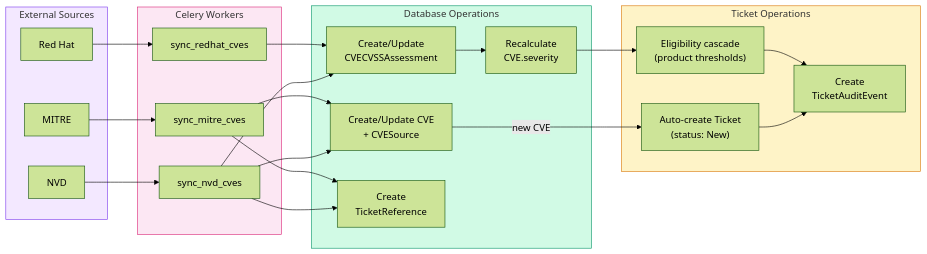
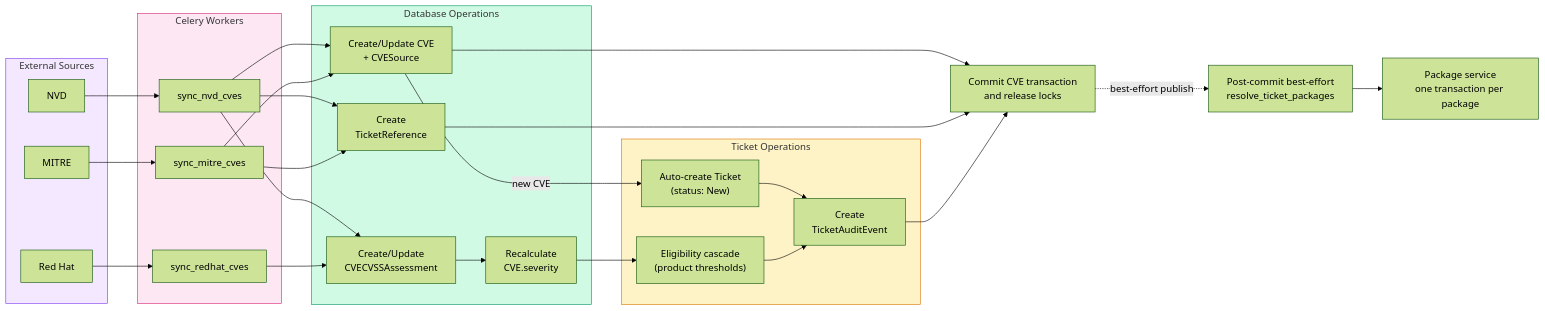
Before and after one commit to StayPirate/sentinel: the third of 7 diagrams in docs/system-map.md, drawn with Mermaid (forest theme). The commit also changed other lines of this file and 12 other files, not shown here.

Commit message:
docs: define post-ingest package resolution (#540)

````diff
--- a/docs/system-map.md
+++ b/docs/system-map.md
@@ -428,49 +430,58 @@
 ```mermaid
 flowchart LR
     subgraph sources["External Sources"]
         NVD["NVD"]
         MITRE["MITRE"]
         RH["Red Hat"]
     end
 
     subgraph celery["Celery Workers"]
         SYNC_NVD["sync_nvd_cves"]
         SYNC_MITRE["sync_mitre_cves"]
         SYNC_RH["sync_redhat_cves"]
     end
 
     subgraph store["Database Operations"]
         CVE_REC["Create/Update CVE<br/>+ CVESource"]
         CVSS_REC["Create/Update<br/>CVECVSSAssessment"]
         REF_REC["Create<br/>TicketReference"]
         SEV["Recalculate<br/>CVE.severity"]
     end
 
     subgraph ticket_ops["Ticket Operations"]
         NEW_TKT["Auto-create Ticket<br/>(status: New)"]
         ELIG_EVAL["Eligibility cascade<br/>(product thresholds)"]
         EVENT["Create<br/>TicketAuditEvent"]
     end
 
+    COMMIT["Commit CVE transaction<br/>and release locks"]
+    HANDOFF["Post-commit best-effort<br/>resolve_ticket_packages"]
+    PACKAGE_TX["Package service<br/>one transaction per package"]
+
     NVD --> SYNC_NVD
     MITRE --> SYNC_MITRE
     RH --> SYNC_RH
 
     SYNC_NVD --> CVE_REC
     SYNC_NVD --> CVSS_REC
     SYNC_NVD --> REF_REC
     SYNC_MITRE --> CVE_REC
     SYNC_MITRE --> REF_REC
     SYNC_RH --> CVSS_REC
 
     CVE_REC -->|new CVE| NEW_TKT
     CVSS_REC --> SEV
     SEV --> ELIG_EVAL
     NEW_TKT --> EVENT
     ELIG_EVAL --> EVENT
+    CVE_REC --> COMMIT
+    REF_REC --> COMMIT
+    EVENT --> COMMIT
+    COMMIT -.->|"best-effort publish"| HANDOFF
+    HANDOFF --> PACKAGE_TX
 
     style sources fill:#f3e8ff,stroke:#7c3aed
     style celery fill:#fce7f3,stroke:#db2777
     style store fill:#d1fae5,stroke:#059669
     style ticket_ops fill:#fef3c7,stroke:#d97706
 ```
````
